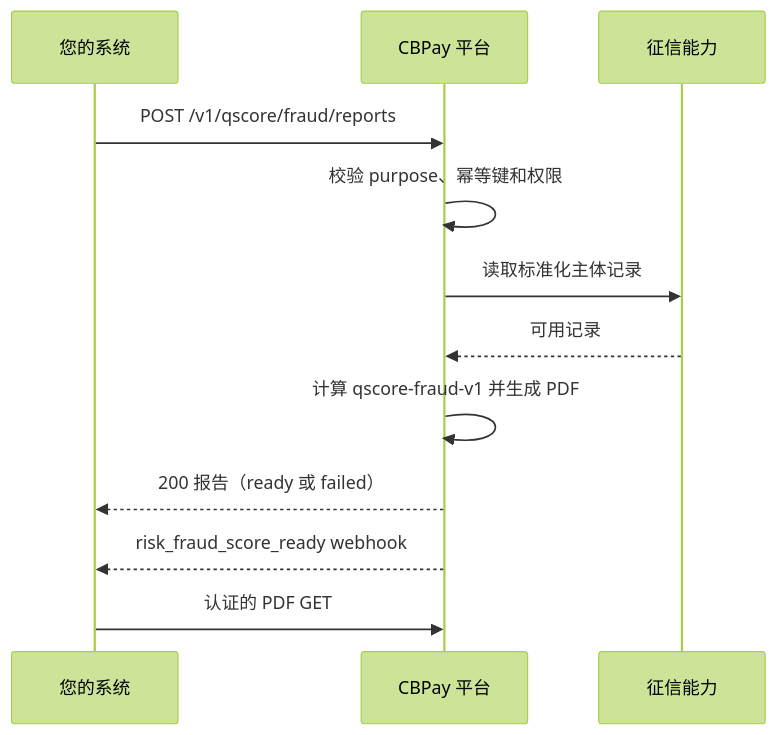
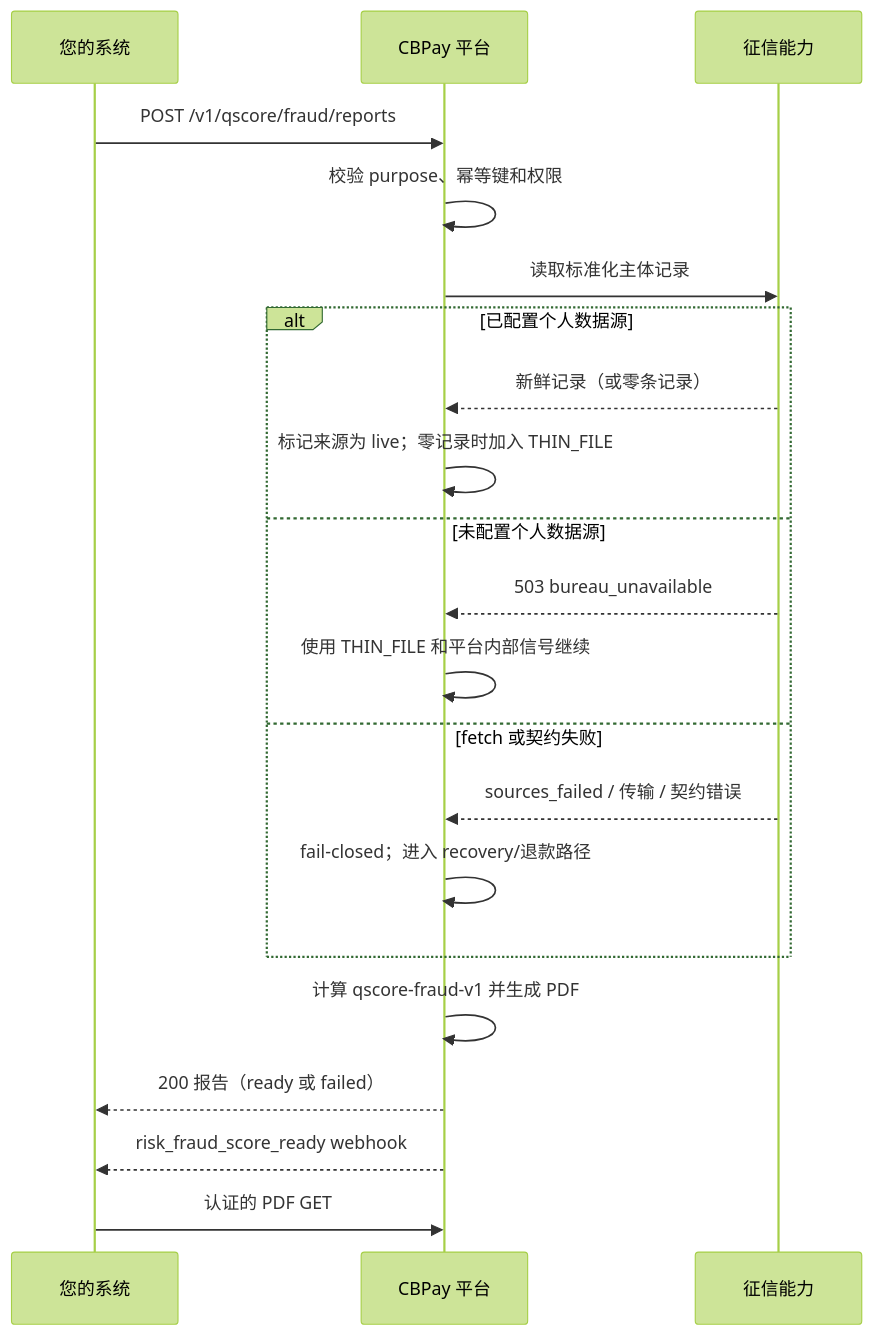
Before and after one commit to SaturoS17/docs: the diagram in mcp-pack/guides/zh/guides/qscore-fraud.md, drawn with Mermaid (forest theme). The commit also changed other lines of this file and 25 other files, not shown here.

````diff
--- a/mcp-pack/guides/zh/guides/qscore-fraud.md
+++ b/mcp-pack/guides/zh/guides/qscore-fraud.md
@@ -19,14 +19,23 @@
 ```mermaid
 sequenceDiagram
     participant C as 您的系统
     participant P as CBPay 平台
     participant Q as 征信能力
     C->>P: POST /v1/qscore/fraud/reports
     P->>P: 校验 purpose、幂等键和权限
     P->>Q: 读取标准化主体记录
-    Q-->>P: 可用记录
+    alt 已配置个人数据源
+        Q-->>P: 新鲜记录（或零条记录）
+        P->>P: 标记来源为 live；零记录时加入 THIN_FILE
+    else 未配置个人数据源
+        Q-->>P: 503 bureau_unavailable
+        P->>P: 使用 THIN_FILE 和平台内部信号继续
+    else fetch 或契约失败
+        Q-->>P: sources_failed / 传输 / 契约错误
+        P->>P: fail-closed；进入 recovery/退款路径
+    end
     P->>P: 计算 qscore-fraud-v1 并生成 PDF
     P-->>C: 200 报告（ready 或 failed）
     P-->>C: risk_fraud_score_ready webhook
     C->>P: 认证的 PDF GET
 ```
````
